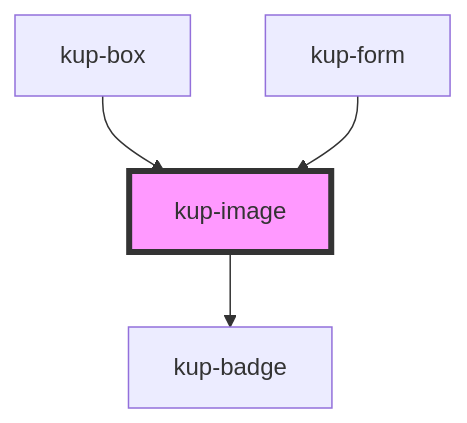
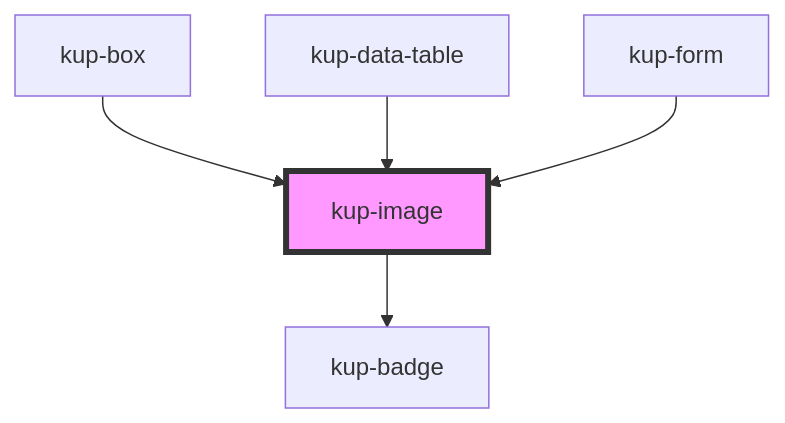
One commit to smeup/ketchup changed the diagram in packages/ketchup/src/components/kup-image/readme.md. Above: the diagram before and after it, drawn with Mermaid. The commit also changed other lines of this file and 9 other files, not shown here.

````diff
--- a/packages/ketchup/src/components/kup-image/readme.md
+++ b/packages/ketchup/src/components/kup-image/readme.md
@@ -33,7 +34,8 @@
 ```mermaid
 graph TD;
   kup-image --> kup-badge
   kup-box --> kup-image
+  kup-data-table --> kup-image
   kup-form --> kup-image
   style kup-image fill:#f9f,stroke:#333,stroke-width:4px
 ```
````
